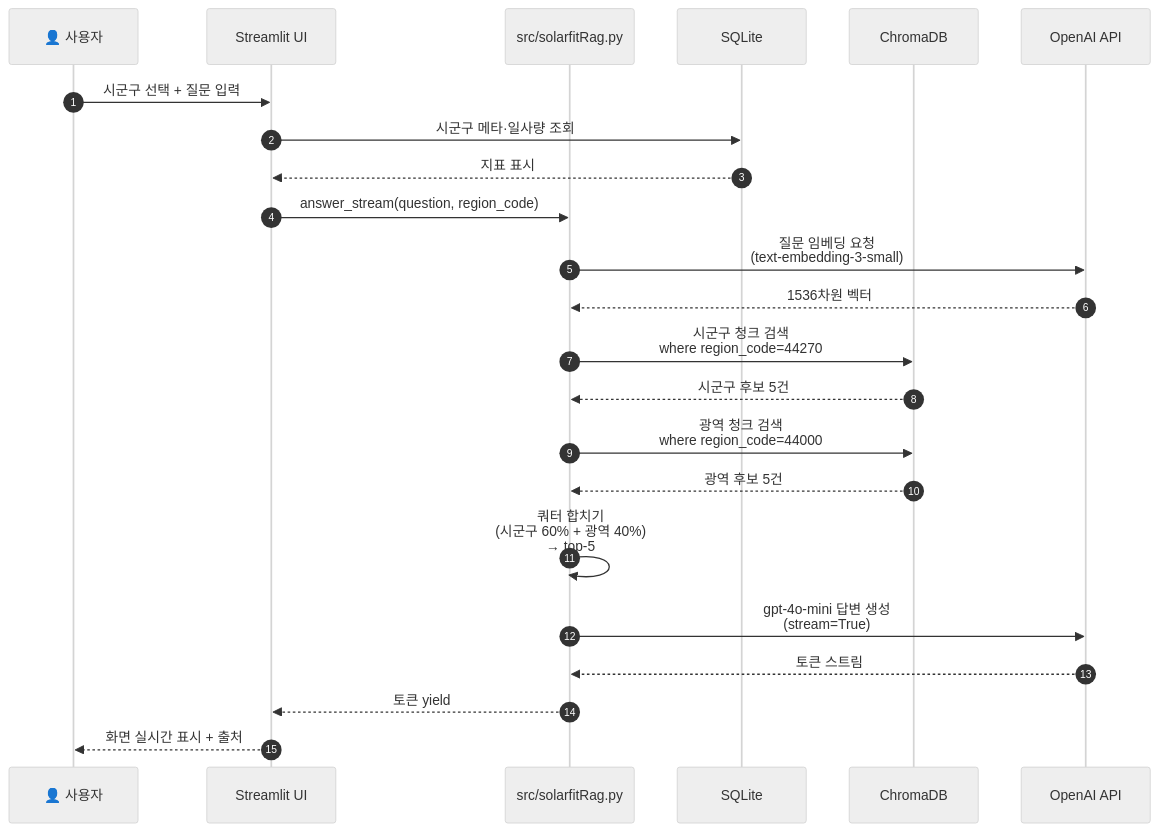
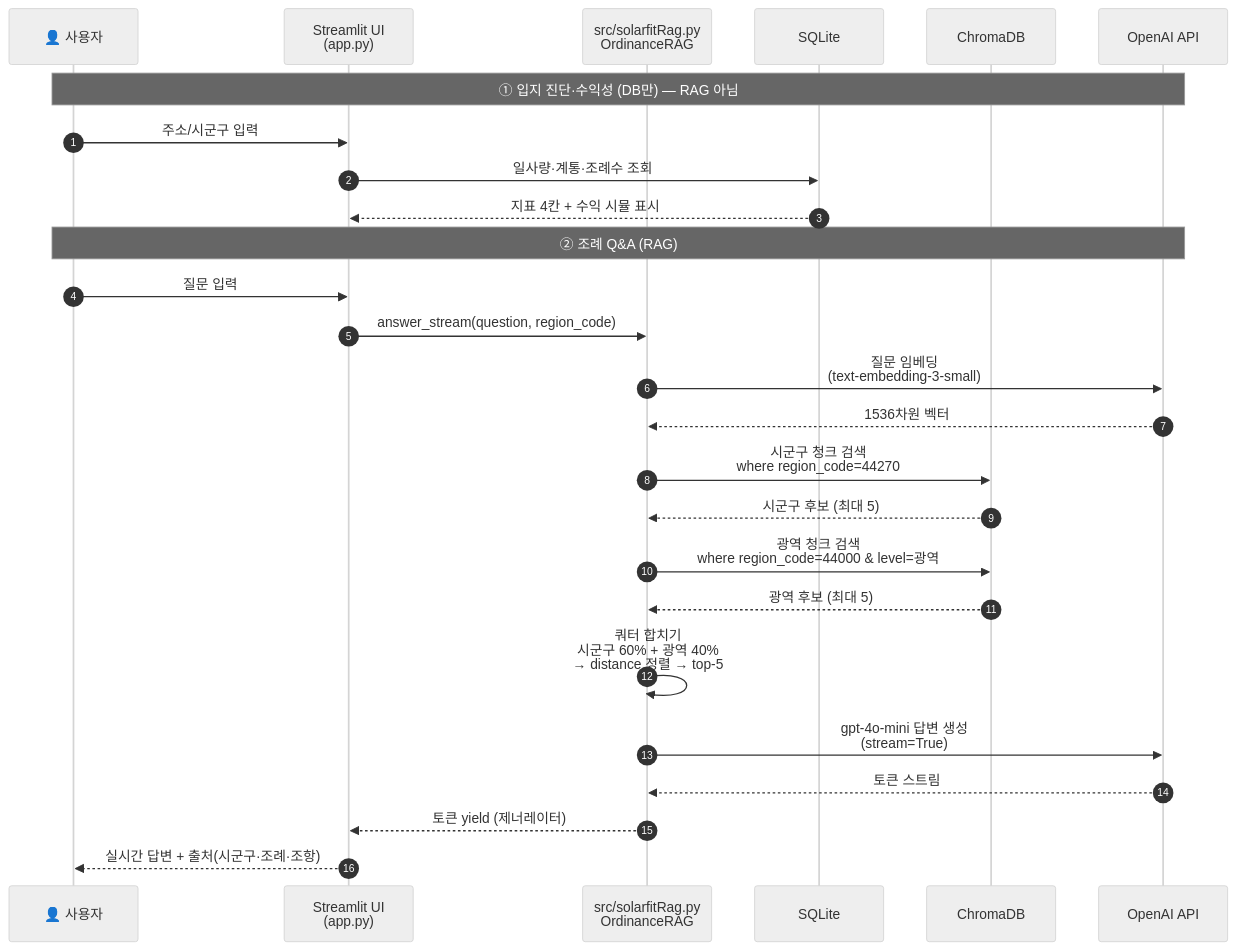
The second of 6 diagrams in ARCHITECTURE.md (irishsun51/solarfit), drawn with Mermaid (neutral theme) before and after one commit. The commit also changed other lines of this file, not shown here.

Commit message:
docs: 아키텍처 다이어그램 최신화 (pages 구조, DB 스키마 한글명)

````diff
--- a/ARCHITECTURE.md
+++ b/ARCHITECTURE.md
@@ -64,30 +64,34 @@
 ```mermaid
 sequenceDiagram
     autonumber
     participant U as 👤 사용자
-    participant UI as Streamlit UI
-    participant RAG as src/solarfitRag.py
+    participant UI as Streamlit UI<br/>(app.py)
+    participant RAG as src/solarfitRag.py<br/>OrdinanceRAG
     participant SQL as SQLite
     participant CDB as ChromaDB
     participant OAI as OpenAI API
 
-    U->>UI: 시군구 선택 + 질문 입력
-    UI->>SQL: 시군구 메타·일사량 조회
-    SQL-->>UI: 지표 표시
+    Note over U,OAI: ① 입지 진단·수익성 (DB만) — RAG 아님
+    U->>UI: 주소/시군구 입력
+    UI->>SQL: 일사량·계통·조례수 조회
+    SQL-->>UI: 지표 4칸 + 수익 시뮬 표시
+
+    Note over U,OAI: ② 조례 Q&A (RAG)
+    U->>UI: 질문 입력
     UI->>RAG: answer_stream(question, region_code)
 
-    RAG->>OAI: 질문 임베딩 요청<br/>(text-embedding-3-small)
+    RAG->>OAI: 질문 임베딩<br/>(text-embedding-3-small)
     OAI-->>RAG: 1536차원 벡터
 
     RAG->>CDB: 시군구 청크 검색<br/>where region_code=44270
-    CDB-->>RAG: 시군구 후보 5건
-    RAG->>CDB: 광역 청크 검색<br/>where region_code=44000
-    CDB-->>RAG: 광역 후보 5건
+    CDB-->>RAG: 시군구 후보 (최대 5)
+    RAG->>CDB: 광역 청크 검색<br/>where region_code=44000 & level=광역
+    CDB-->>RAG: 광역 후보 (최대 5)
 
-    RAG->>RAG: 쿼터 합치기<br/>(시군구 60% + 광역 40%)<br/>→ top-5
+    RAG->>RAG: 쿼터 합치기<br/>시군구 60% + 광역 40%<br/>→ distance 정렬 → top-5
 
     RAG->>OAI: gpt-4o-mini 답변 생성<br/>(stream=True)
     OAI-->>RAG: 토큰 스트림
-    RAG-->>UI: 토큰 yield
-    UI-->>U: 화면 실시간 표시 + 출처
+    RAG-->>UI: 토큰 yield (제너레이터)
+    UI-->>U: 실시간 답변 + 출처(시군구·조례·조항)
 ```
````
